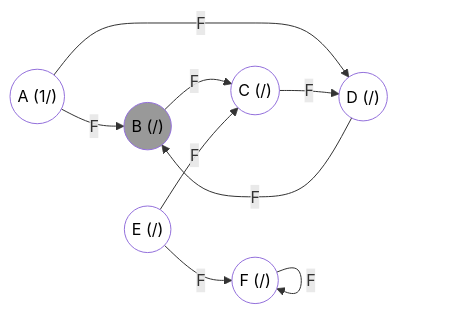
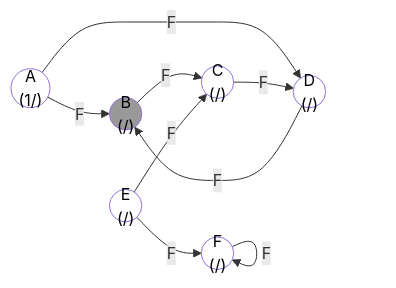
Before and after one commit to UFMG-Organizacao-de-Disciplinas/DCC865-Projeto_e_Analise_de_Algoritmos: the seventh of 27 diagrams in 2024.2/Materiais enviados/Listas/Resoluções/Lista 3.md, drawn with Mermaid. The commit also changed other lines of this file and 1 other file, not shown here.

````diff
--- a/2024.2/Materiais enviados/Listas/Resoluções/Lista 3.md
+++ b/2024.2/Materiais enviados/Listas/Resoluções/Lista 3.md
@@ -439,28 +442,28 @@
 ```mermaid
 graph LR
     %% Coloração: fundo branco, texto preto
     style A fill:#fff,color:#000
     style B fill:#999,color:#000
     style C fill:#fff,color:#000
     style D fill:#fff,color:#000
     style E fill:#fff,color:#000
     style F fill:#fff,color:#000
     
     %% Vértices
-    A(("A (1/)"))
-    B(("B (/)"))
-    C(("C (/)"))
-    D(("D (/)"))
-    E(("E (/)"))
-    F(("F (/)"))
+    A(("A <br> (1/)"))
+    B(("B <br> (/)"))
+    C(("C <br> (/)"))
+    D(("D <br> (/)"))
+    E(("E <br> (/)"))
+    F(("F <br> (/)"))
 
     %% Arestas
     A -->|F| B
     A -->|F| D
     B -->|F| C
     C -->|F| D
     D -->|F| B
     E -->|F| C
     E -->|F| F
     F -->|F| F
 ```
````
